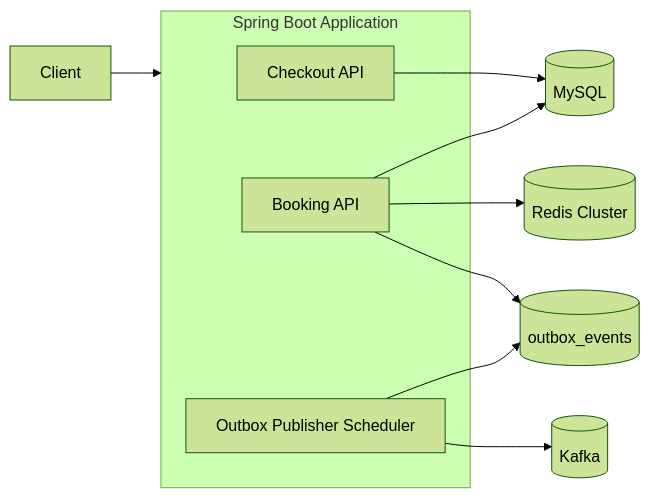
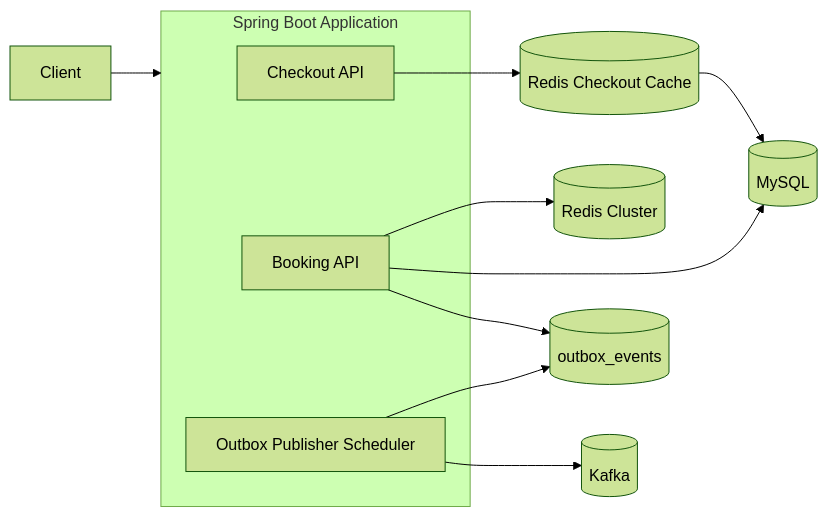
The first of 3 diagrams in README.md (mosy2266/limited_reservation_system), drawn with Mermaid (forest theme) before and after one commit. The commit also changed other lines of this file, not shown here.

Commit message:
docs: README.md 내 시스템 아키텍처 섹션에 Redis Cache 내용 추가 (#5)

````diff
--- a/README.md
+++ b/README.md
@@ -11,17 +11,18 @@
 ```mermaid
 flowchart LR
     Client[Client] --> App[Spring Boot Application]
 
     subgraph App[Spring Boot Application]
         CheckoutApi[Checkout API]
         BookingApi[Booking API]
         OutboxPublisher[Outbox Publisher Scheduler]
     end
 
-    CheckoutApi --> MySQL[(MySQL)]
+    CheckoutApi --> CheckoutCache[(Redis Checkout Cache)]
+    CheckoutCache --> MySQL[(MySQL)]
     BookingApi --> Redis[(Redis Cluster)]
     BookingApi --> MySQL
     BookingApi --> OutboxTable[(outbox_events)]
     OutboxPublisher --> OutboxTable
     OutboxPublisher --> Kafka[(Kafka)]
 ```
````
